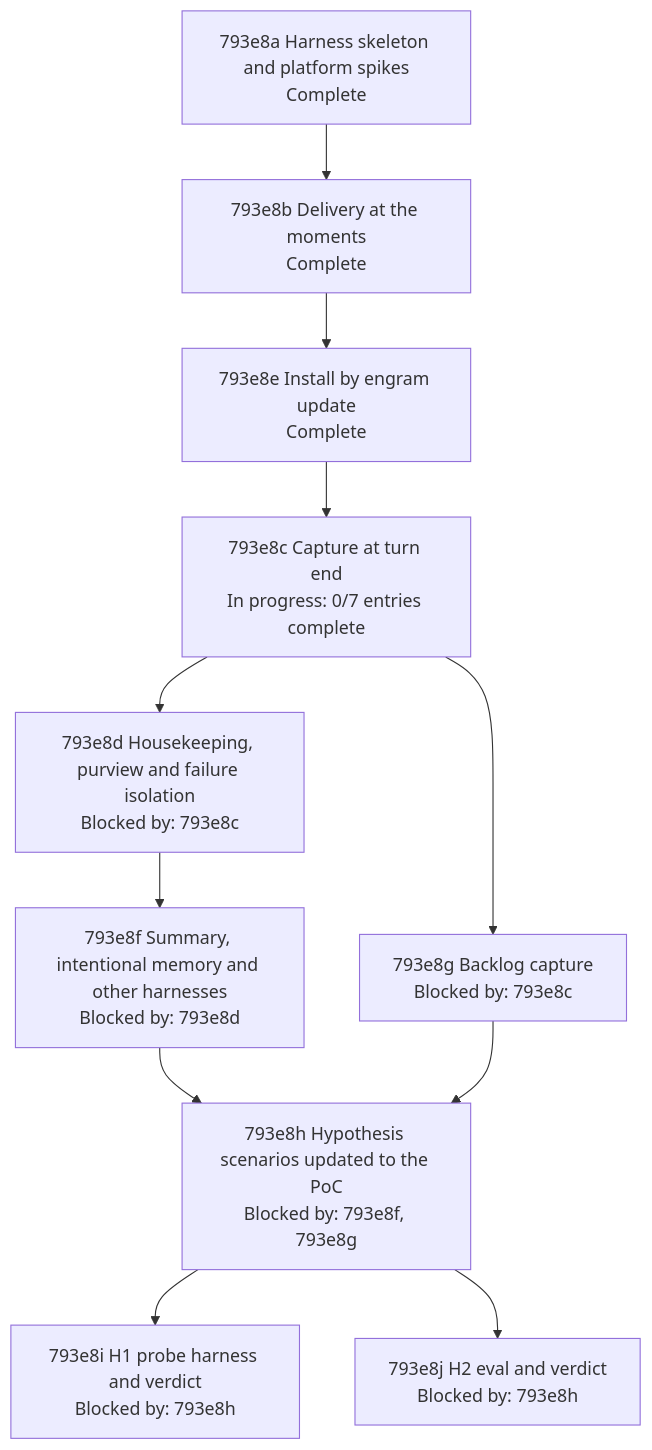
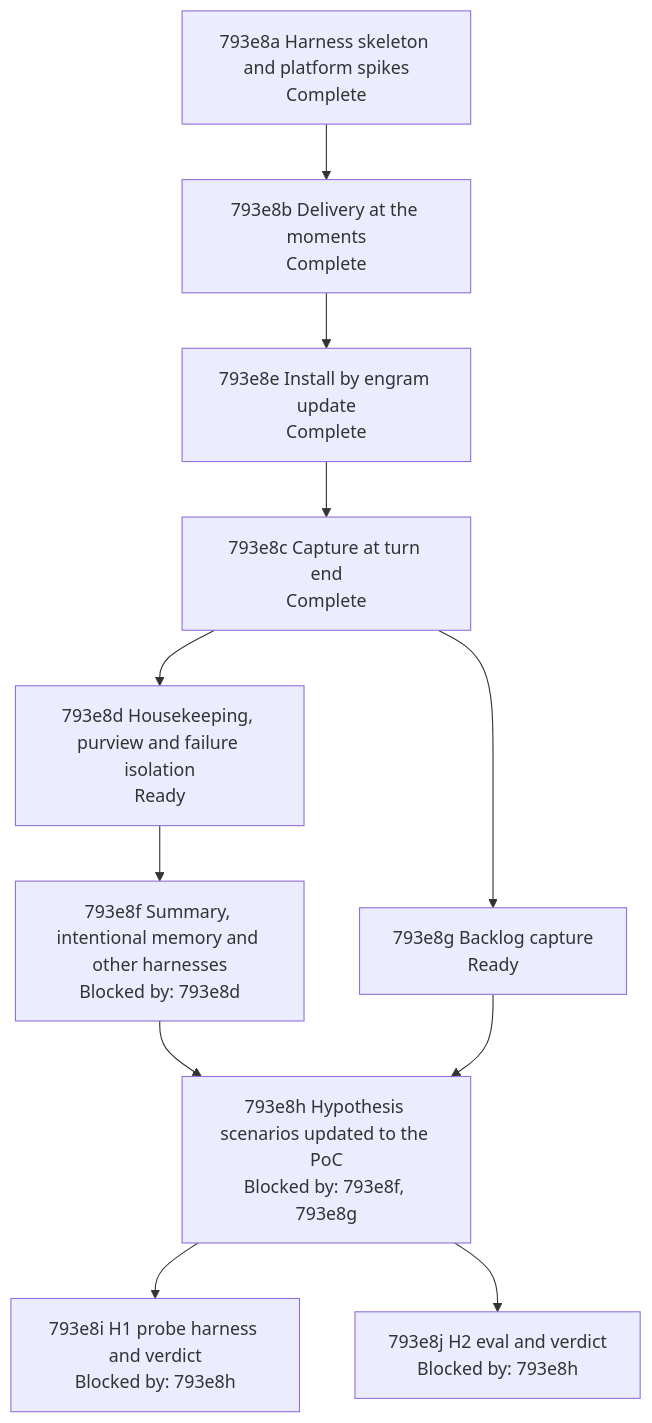
Before and after one commit to toejough/engram: the diagram in docs/changes/793_parallel-memory-agent/793e_implementation-plan.md, drawn with Mermaid. The commit also changed other lines of this file, not shown here.

First line of the commit message:
docs(793e8c): capture scenarios Green-all, node complete

````diff
--- a/docs/changes/793_parallel-memory-agent/793e_implementation-plan.md
+++ b/docs/changes/793_parallel-memory-agent/793e_implementation-plan.md
@@ -214,21 +214,21 @@
 ```mermaid
 flowchart TD
   n793e8a["793e8a Harness skeleton and platform spikes<br/>Complete"]
   n793e8b["793e8b Delivery at the moments<br/>Complete"]
   n793e8e["793e8e Install by engram update<br/>Complete"]
-  n793e8c["793e8c Capture at turn end<br/>In progress: 0/7 entries complete"]
-  n793e8d["793e8d Housekeeping, purview and failure isolation<br/>Blocked by: 793e8c"]
-  n793e8g["793e8g Backlog capture<br/>Blocked by: 793e8c"]
+  n793e8c["793e8c Capture at turn end<br/>Complete"]
+  n793e8d["793e8d Housekeeping, purview and failure isolation<br/>Ready"]
+  n793e8g["793e8g Backlog capture<br/>Ready"]
   n793e8f["793e8f Summary, intentional memory and other harnesses<br/>Blocked by: 793e8d"]
   n793e8h["793e8h Hypothesis scenarios updated to the PoC<br/>Blocked by: 793e8f, 793e8g"]
   n793e8i["793e8i H1 probe harness and verdict<br/>Blocked by: 793e8h"]
   n793e8j["793e8j H2 eval and verdict<br/>Blocked by: 793e8h"]
   n793e8a --> n793e8b --> n793e8e --> n793e8c
   n793e8c --> n793e8d
   n793e8c --> n793e8g
   n793e8d --> n793e8f
   n793e8f --> n793e8h
   n793e8g --> n793e8h
   n793e8h --> n793e8i
   n793e8h --> n793e8j
 ```
````
